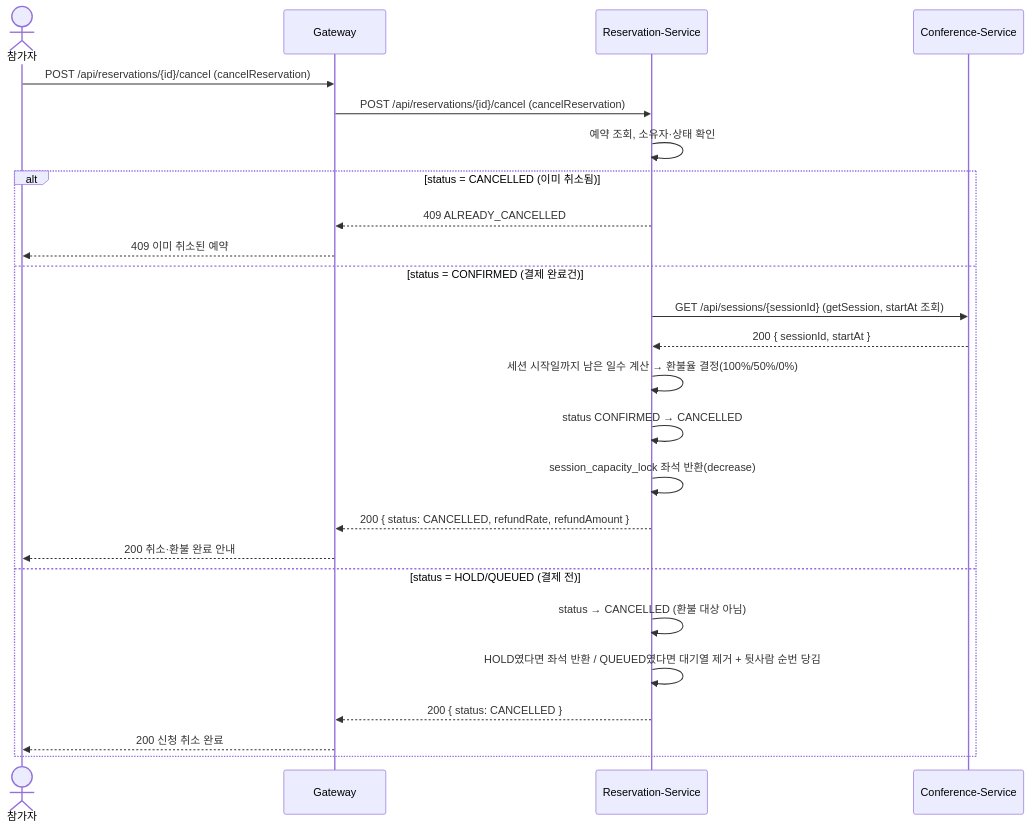
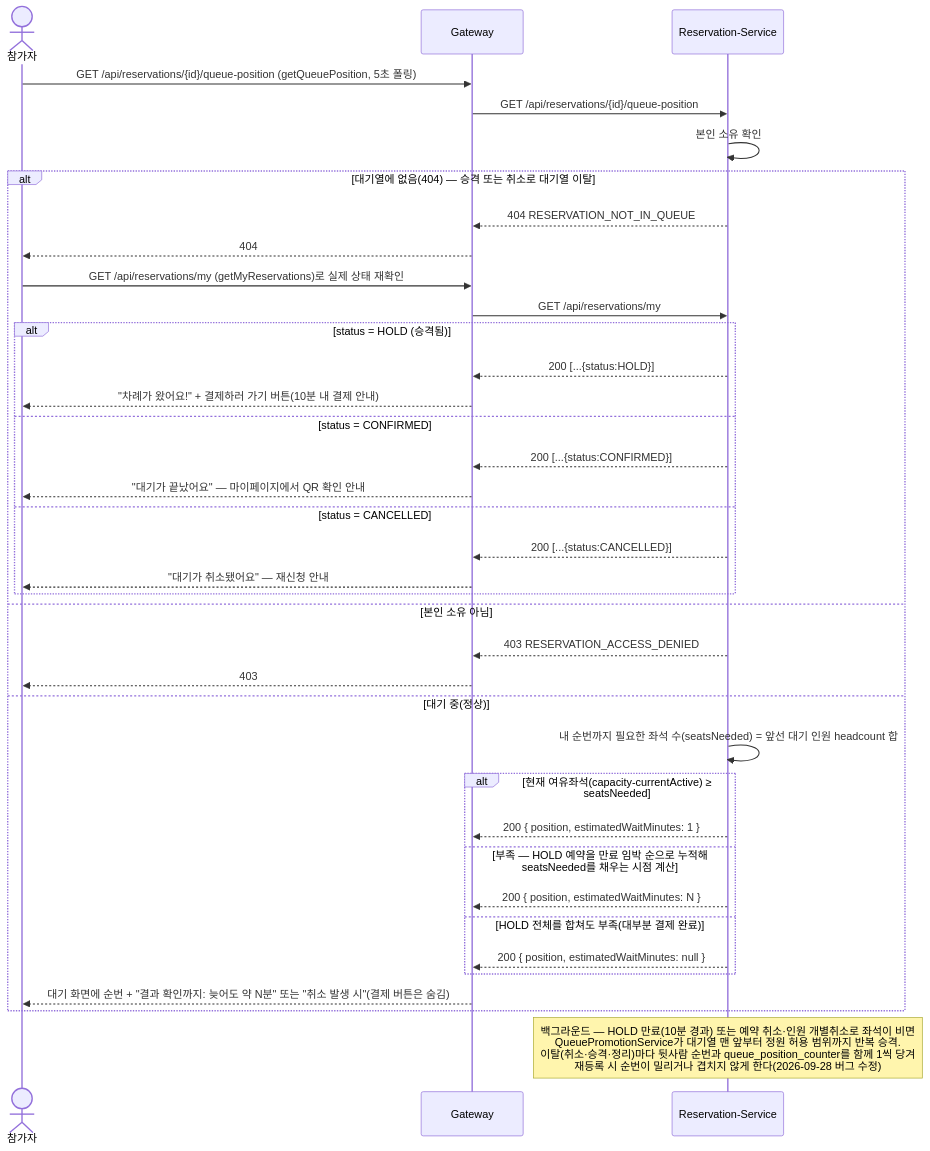
Diagram 18 of 30 in docs/시퀀스.md (likelion-backend-24th/Final-Project-Team3), drawn with Mermaid before and after one commit. The commit also changed other lines of this file and 4 other files, not shown here.

````diff
--- a/docs/시퀀스.md
+++ b/docs/시퀀스.md
@@ -323,27 +519,39 @@
 ```mermaid
 sequenceDiagram
     actor P as 참가자
     participant G as Gateway
     participant RS as Reservation-Service
-    participant CS as Conference-Service
-    P->>G: POST /api/reservations/{id}/cancel (cancelReservation)
-    G->>RS: POST /api/reservations/{id}/cancel (cancelReservation)
-    RS->>RS: 예약 조회, 소유자·상태 확인
-    alt status = CANCELLED (이미 취소됨)
-        RS-->>G: 409 ALREADY_CANCELLED
-        G-->>P: 409 이미 취소된 예약
-    else status = CONFIRMED (결제 완료건)
-        RS->>CS: GET /api/sessions/{sessionId} (getSession, startAt 조회)
-        CS-->>RS: 200 { sessionId, startAt }
-        RS->>RS: 세션 시작일까지 남은 일수 계산 → 환불율 결정(100%/50%/0%)
-        RS->>RS: status CONFIRMED → CANCELLED
-        RS->>RS: session_capacity_lock 좌석 반환(decrease)
-        RS-->>G: 200 { status: CANCELLED, refundRate, refundAmount }
-        G-->>P: 200 취소·환불 완료 안내
-    else status = HOLD/QUEUED (결제 전)
-        RS->>RS: status → CANCELLED (환불 대상 아님)
-        RS->>RS: HOLD였다면 좌석 반환 / QUEUED였다면 대기열 제거 + 뒷사람 순번 당김
-        RS-->>G: 200 { status: CANCELLED }
-        G-->>P: 200 신청 취소 완료
+    P->>G: GET /api/reservations/{id}/queue-position (getQueuePosition, 5초 폴링)
+    G->>RS: GET /api/reservations/{id}/queue-position
+    RS->>RS: 본인 소유 확인
+    alt 대기열에 없음(404) — 승격 또는 취소로 대기열 이탈
+        RS-->>G: 404 RESERVATION_NOT_IN_QUEUE
+        G-->>P: 404
+        P->>G: GET /api/reservations/my (getMyReservations)로 실제 상태 재확인
+        G->>RS: GET /api/reservations/my
+        alt status = HOLD (승격됨)
+            RS-->>G: 200 [...{status:HOLD}]
+            G-->>P: "차례가 왔어요!" + 결제하러 가기 버튼(10분 내 결제 안내)
+        else status = CONFIRMED
+            RS-->>G: 200 [...{status:CONFIRMED}]
+            G-->>P: "대기가 끝났어요" — 마이페이지에서 QR 확인 안내
+        else status = CANCELLED
+            RS-->>G: 200 [...{status:CANCELLED}]
+            G-->>P: "대기가 취소됐어요" — 재신청 안내
+        end
+    else 본인 소유 아님
+        RS-->>G: 403 RESERVATION_ACCESS_DENIED
+        G-->>P: 403
+    else 대기 중(정상)
+        RS->>RS: 내 순번까지 필요한 좌석 수(seatsNeeded) = 앞선 대기 인원 headcount 합
+        alt 현재 여유좌석(capacity-currentActive) ≥ seatsNeeded
+            RS-->>G: 200 { position, estimatedWaitMinutes: 1 }
+        else 부족 — HOLD 예약을 만료 임박 순으로 누적해 seatsNeeded를 채우는 시점 계산
+            RS-->>G: 200 { position, estimatedWaitMinutes: N }
+        else HOLD 전체를 합쳐도 부족(대부분 결제 완료)
+            RS-->>G: 200 { position, estimatedWaitMinutes: null }
+        end
+        G-->>P: 대기 화면에 순번 + "결과 확인까지: 늦어도 약 N분" 또는 "취소 발생 시"(결제 버튼은 숨김)
     end
+    Note over RS: 백그라운드 — HOLD 만료(10분 경과) 또는 예약 취소·인원 개별취소로 좌석이 비면<br/>QueuePromotionService가 대기열 맨 앞부터 정원 허용 범위까지 반복 승격.<br/>이탈(취소·승격·정리)마다 뒷사람 순번과 queue_position_counter를 함께 1씩 당겨<br/>재등록 시 순번이 밀리거나 겹치지 않게 한다(2026-09-28 버그 수정)
 ```
````
